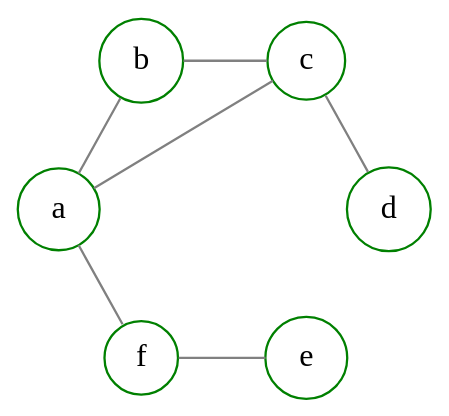
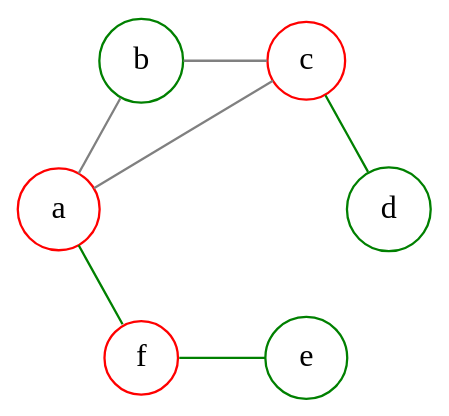
Before and after one commit to dgudim2/obsidian_vault: the fourth of 5 diagrams in uni/Discrete math/Graphs/Graphs - connectivity.md, drawn with Graphviz. The commit also changed other lines of this file and 3 other files, not shown here.

Commit message:
Affected files: .obsidian/appearance.json uni/Discrete math/Graphs/Graphs - connectivity.md uni/Discrete math/Graphs/Graphs - metrics.md uni/Discrete math/Graphs/Graphs - shortest path.md

````diff
--- a/uni/Discrete math/Graphs/Graphs - connectivity.md
+++ b/uni/Discrete math/Graphs/Graphs - connectivity.md
@@ -730,29 +730,33 @@
 ```dot 
 graph neato { 
 
 bgcolor="transparent" 
 
 graph [layout = neato] 
 
 node [shape = circle, 
       style = filled, 
       width=0.3, 
       height=0.3, 
       color=green, 
       fillcolor = white] 
 
-a [pos="0,0!"] 
+a [pos="0,0!",color=red] 
 b [pos="0.5,0.9!"] 
-c [pos="1.5,0.9!"] 
+c [pos="1.5,0.9!",color=red] 
 d [pos="2,0!"] 
 e [pos="1.5,-0.9!"] 
-f [pos="0.5,-0.9!"] 
+f [pos="0.5,-0.9!",color=red] 
 
 edge [color = grey] 
-d -- c
+
 c -- {a b}
 b -- a
+
+edge [color = green] 
+c -- d
 a -- f
-f -- e
+e -- f
+
 } 
 ```
````
